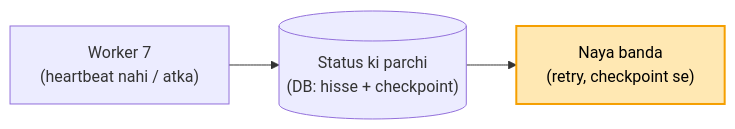
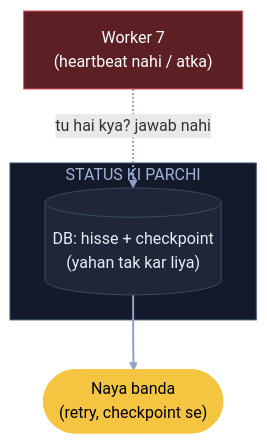
Before and after one commit to ArpanMaheshwari144/Prep: diagram 13 of 15 in 04_HLD/SYSTEM_DESIGNS/03_twitter_feed/03_twitter_feed.md, drawn with Mermaid. The commit also changed other lines of this file, not shown here.

Commit message:
Twitter: 15 diagram YouTube (reel) wale card andaaz me

````diff
--- a/04_HLD/SYSTEM_DESIGNS/03_twitter_feed/03_twitter_feed.md
+++ b/04_HLD/SYSTEM_DESIGNS/03_twitter_feed/03_twitter_feed.md
@@ -290,6 +427,16 @@
 ```mermaid
-flowchart LR
-    W7["Worker 7<br/>(heartbeat nahi / atka)"] --> ST[("Status ki parchi<br/>(DB: hisse + checkpoint)")]
-    ST --> NW["Naya banda<br/>(retry, checkpoint se)"]
-    style NW fill:#ffe8b3,stroke:#f59f00,stroke-width:2px,color:#000
+flowchart TB
+    W7["Worker 7<br/>(heartbeat nahi / atka)"]:::bad
+    subgraph SP["STATUS KI PARCHI"]
+        ST[("DB: hisse + checkpoint<br/>(yahan tak kar liya)")]:::card
+    end
+    NW(["Naya banda<br/>(retry, checkpoint se)"]):::pill
+    W7 -. "tu hai kya? jawab nahi" .-> ST
+    ST --> NW
+    linkStyle default stroke:#8fa3c7,stroke-width:2px
+    classDef card fill:#1e2638,stroke:#3a4a6b,color:#e8ecf5
+    classDef pill fill:#f5c542,stroke:#f5c542,color:#000
+    classDef good fill:#2e7d4f,stroke:#3fbf6f,color:#fff
+    classDef bad fill:#5c1f24,stroke:#e05561,color:#fff
+    style SP fill:#141a29,stroke:#3a4a6b,color:#9fb3d9
 ```
````
